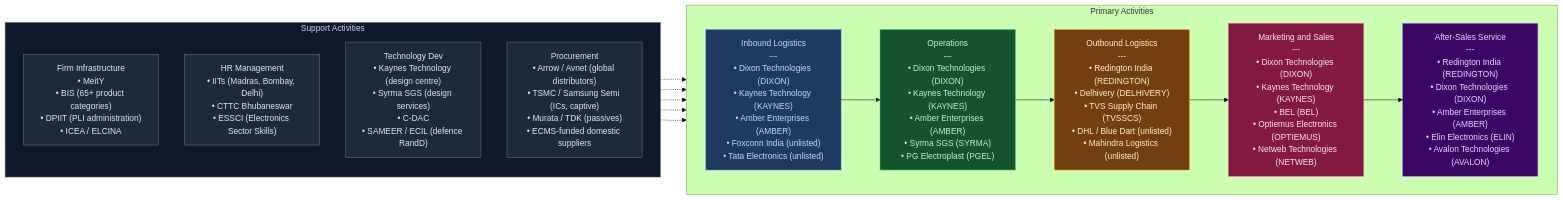
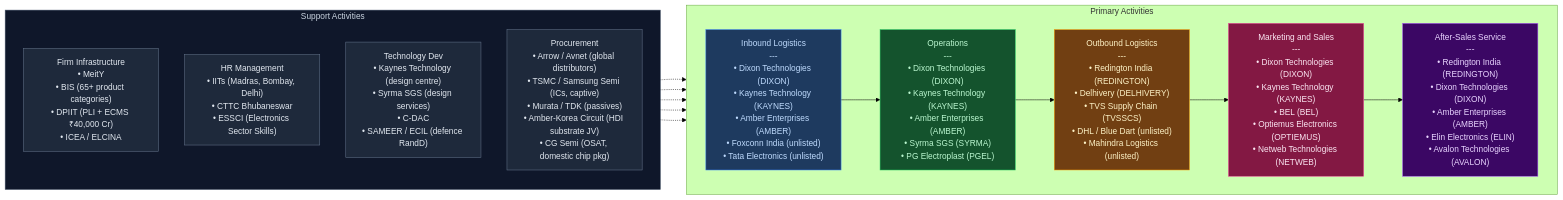
One commit to Anubhavsingh13/Value_chain changed the second of 2 diagrams in EMS - Value Chain Analysis.md. Above: the diagram before and after it, drawn with Mermaid (forest theme). The commit also changed other lines of this file and 2 other files, not shown here.

````diff
--- a/EMS - Value Chain Analysis.md
+++ b/EMS - Value Chain Analysis.md
@@ -580,38 +615,38 @@
 ```mermaid
 flowchart LR
     subgraph SUPPORT["Support Activities"]
         direction TB
-        FI["Firm Infrastructure\n• MeitY\n• BIS (65+ product categories)\n• DPIIT (PLI administration)\n• ICEA / ELCINA"]
+        FI["Firm Infrastructure\n• MeitY\n• BIS (65+ product categories)\n• DPIIT (PLI + ECMS ₹40,000 Cr)\n• ICEA / ELCINA"]
         HR["HR Management\n• IITs (Madras, Bombay, Delhi)\n• CTTC Bhubaneswar\n• ESSCI (Electronics Sector Skills)"]
         TD["Technology Dev\n• Kaynes Technology (design centre)\n• Syrma SGS (design services)\n• C-DAC\n• SAMEER / ECIL (defence RandD)"]
-        PR["Procurement\n• Arrow / Avnet (global distributors)\n• TSMC / Samsung Semi (ICs, captive)\n• Murata / TDK (passives)\n• ECMS-funded domestic suppliers"]
+        PR["Procurement\n• Arrow / Avnet (global distributors)\n• TSMC / Samsung Semi (ICs, captive)\n• Murata / TDK (passives)\n• Amber-Korea Circuit (HDI substrate JV)\n• CG Semi (OSAT, domestic chip pkg)"]
     end
 
     subgraph PRIMARY["Primary Activities"]
         direction LR
         IL["Inbound Logistics\n---\n• Dixon Technologies (DIXON)\n• Kaynes Technology (KAYNES)\n• Amber Enterprises (AMBER)\n• Foxconn India (unlisted)\n• Tata Electronics (unlisted)"]
         OP["Operations\n---\n• Dixon Technologies (DIXON)\n• Kaynes Technology (KAYNES)\n• Amber Enterprises (AMBER)\n• Syrma SGS (SYRMA)\n• PG Electroplast (PGEL)"]
         OL["Outbound Logistics\n---\n• Redington India (REDINGTON)\n• Delhivery (DELHIVERY)\n• TVS Supply Chain (TVSSCS)\n• DHL / Blue Dart (unlisted)\n• Mahindra Logistics (unlisted)"]
         MS["Marketing and Sales\n---\n• Dixon Technologies (DIXON)\n• Kaynes Technology (KAYNES)\n• BEL (BEL)\n• Optiemus Electronics (OPTIEMUS)\n• Netweb Technologies (NETWEB)"]
         SV["After-Sales Service\n---\n• Redington India (REDINGTON)\n• Dixon Technologies (DIXON)\n• Amber Enterprises (AMBER)\n• Elin Electronics (ELIN)\n• Avalon Technologies (AVALON)"]
     end
 
     IL --> OP --> OL --> MS --> SV
 
     SUPPORT -.-> IL
     SUPPORT -.-> OP
     SUPPORT -.-> OL
     SUPPORT -.-> MS
     SUPPORT -.-> SV
 
     style IL fill:#1e3a5f,stroke:#3b82f6,color:#bfdbfe
     style OP fill:#14532d,stroke:#22c55e,color:#bbf7d0
     style OL fill:#713f12,stroke:#f59e0b,color:#fef3c7
     style MS fill:#831843,stroke:#ec4899,color:#fce7f3
     style SV fill:#3b0764,stroke:#a855f7,color:#e9d5ff
     style SUPPORT fill:#0f172a,stroke:#475569,color:#cbd5e1
     style FI fill:#1e293b,stroke:#64748b,color:#e2e8f0
     style HR fill:#1e293b,stroke:#64748b,color:#e2e8f0
     style TD fill:#1e293b,stroke:#64748b,color:#e2e8f0
     style PR fill:#1e293b,stroke:#64748b,color:#e2e8f0
 ```
````
